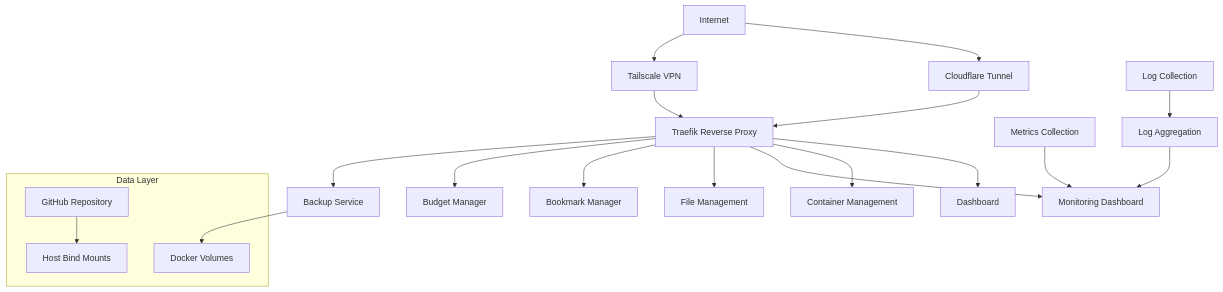
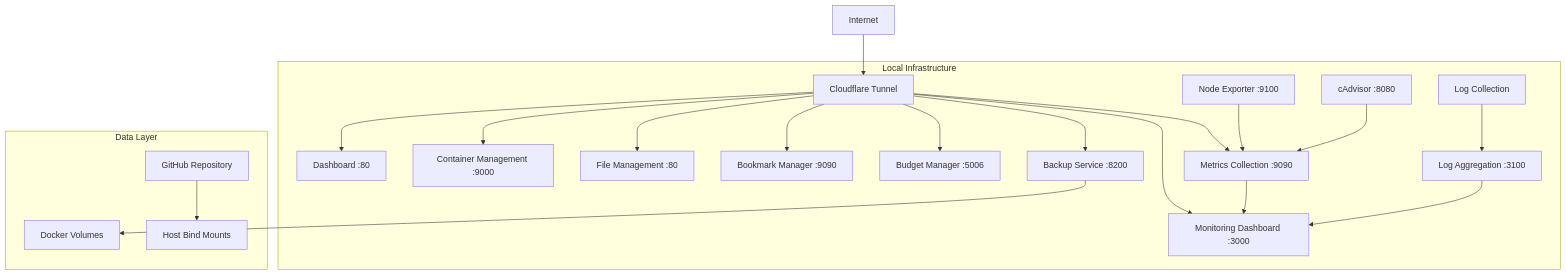
The diagram in .kiro/specs/homelab-infrastructure/design.md (jaromtia/homelab-gitops), drawn with Mermaid before and after one commit. The commit also changed other lines of this file and 22 other files, not shown here.

Commit message:
[fix] removed traefik and tailscale

````diff
--- a/.kiro/specs/homelab-infrastructure/design.md
+++ b/.kiro/specs/homelab-infrastructure/design.md
@@ -11,29 +11,31 @@
 ```mermaid
 graph TB
     Internet[Internet] --> CF[Cloudflare Tunnel]
-    Internet --> TS[Tailscale VPN]
     
-    CF --> Traefik[Traefik Reverse Proxy]
-    TS --> Traefik
-    
-    Traefik --> Dashy[Dashboard]
-    Traefik --> Portainer[Container Management]
-    Traefik --> Grafana[Monitoring Dashboard]
-    Traefik --> FileBrowser[File Management]
-    Traefik --> Linkding[Bookmark Manager]
-    Traefik --> Actual[Budget Manager]
-    Traefik --> Duplicati[Backup Service]
-    
-    Prometheus[Metrics Collection] --> Grafana
-    Loki[Log Aggregation] --> Grafana
-    Promtail[Log Collection] --> Loki
+    subgraph "Local Infrastructure"
+        CF --> Dashy[Dashboard :80]
+        CF --> Portainer[Container Management :9000]
+        CF --> Grafana[Monitoring Dashboard :3000]
+        CF --> FileBrowser[File Management :80]
+        CF --> Linkding[Bookmark Manager :9090]
+        CF --> Actual[Budget Manager :5006]
+        CF --> Duplicati[Backup Service :8200]
+        CF --> Prometheus[Metrics Collection :9090]
+        
+        Prometheus --> Grafana
+        Loki[Log Aggregation :3100] --> Grafana
+        Promtail[Log Collection] --> Loki
+        
+        NodeExporter[Node Exporter :9100] --> Prometheus
+        cAdvisor[cAdvisor :8080] --> Prometheus
+    end
     
     subgraph "Data Layer"
         Volumes[Docker Volumes]
         HostPaths[Host Bind Mounts]
         GitRepo[GitHub Repository]
     end
     
     Duplicati --> Volumes
     GitRepo --> HostPaths
 ```
````
